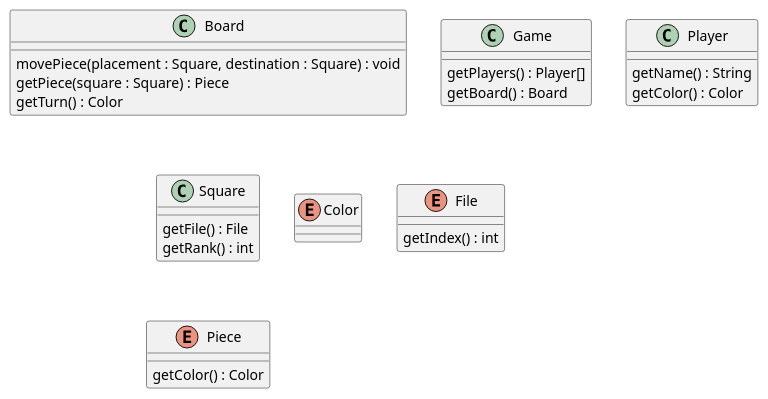
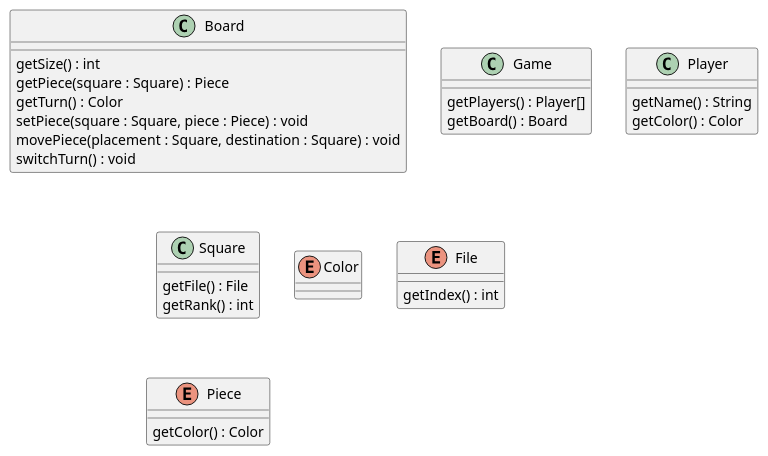
The diagram in uml/analysisModel.puml (Sttanyanz/endgame-notebook), drawn with PlantUML before and after one commit. The commit also changed 8 other files, not shown here.

```diff
--- a/uml/analysisModel.puml
+++ b/uml/analysisModel.puml
@@ -1,40 +1,43 @@
 @startuml
 
 class Board
 class Game
 class Player
 class Square
 enum Color
 enum File
 enum Piece
 
 class Square {
     getFile() : File
     getRank() : int
 }
 
 class Board {
-    movePiece(placement : Square, destination : Square) : void
+    getSize() : int
     getPiece(square : Square) : Piece
     getTurn() : Color
+    setPiece(square : Square, piece : Piece) : void
+    movePiece(placement : Square, destination : Square) : void
+    switchTurn() : void
 }
 
 class Player {
     getName() : String
     getColor() : Color
 }
 
 enum Piece {
     getColor() : Color
 }
 
 class Game {
     getPlayers() : Player[]
     getBoard() : Board
 }
 
 enum File {
     getIndex() : int
 }
 
 @enduml
```
